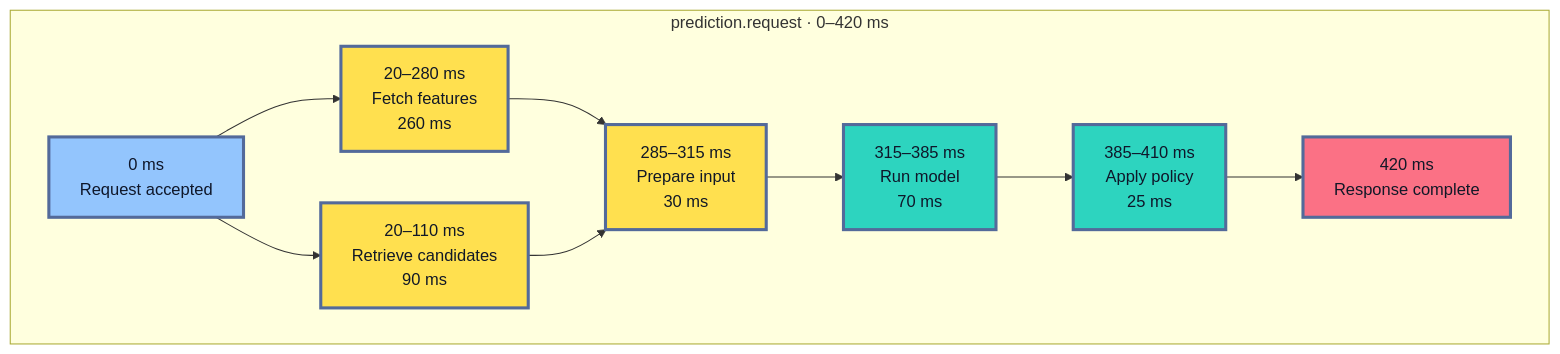
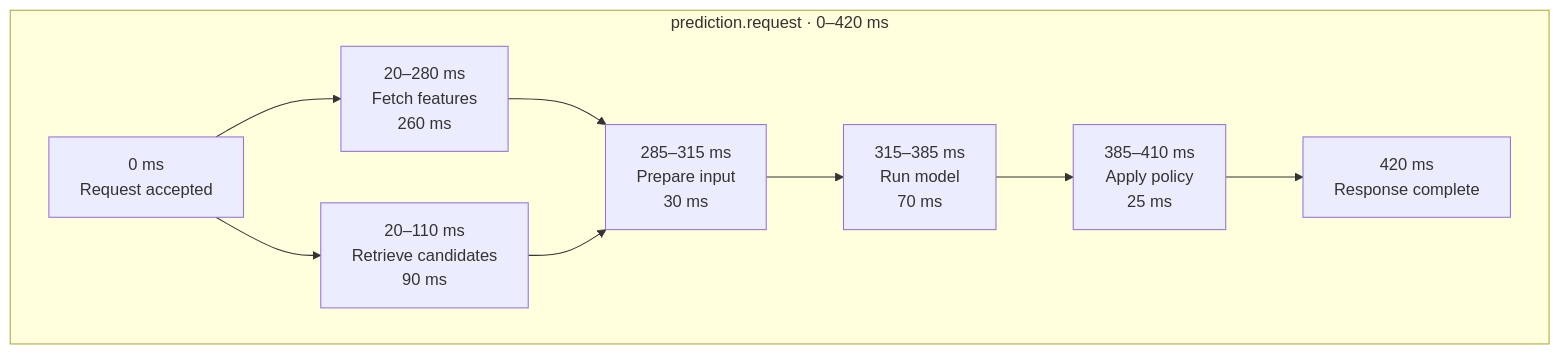
One commit to senlinyy/dev-roadmaps changed the third of 11 diagrams in roadmaps/mlops/modules/monitoring-and-feedback/system-observability/03-tracing-ml-services.md. Above: the diagram before and after it, drawn with Mermaid. The commit also changed other lines of this file and 152 other files, not shown here.

Commit message:
feat: mlops and diagrams updated

````diff
--- a/roadmaps/mlops/modules/monitoring-and-feedback/system-observability/03-tracing-ml-services.md
+++ b/roadmaps/mlops/modules/monitoring-and-feedback/system-observability/03-tracing-ml-services.md
@@ -117,22 +113,18 @@
 ```mermaid
 flowchart LR
     subgraph R["prediction.request · 0–420 ms"]
         direction LR
         A["0 ms<br/>Request accepted"] --> B["20–280 ms<br/>Fetch features<br/>260 ms"]
         A --> C["20–110 ms<br/>Retrieve candidates<br/>90 ms"]
         B --> D["285–315 ms<br/>Prepare input<br/>30 ms"]
         C --> D
         D --> E["315–385 ms<br/>Run model<br/>70 ms"]
         E --> F["385–410 ms<br/>Apply policy<br/>25 ms"]
         F --> G["420 ms<br/>Response complete"]
     end
 
-    classDef edge fill:#93C5FD,stroke:#536A9A,stroke-width:3px,color:#0F172A
-    classDef dependency fill:#FFE04F,stroke:#536A9A,stroke-width:3px,color:#111827
-    classDef model fill:#2DD4BF,stroke:#536A9A,stroke-width:3px,color:#0F172A
-    classDef result fill:#FB7185,stroke:#536A9A,stroke-width:3px,color:#111827
     class A edge
     class B,C,D dependency
     class E,F model
     class G result
 ```
````
